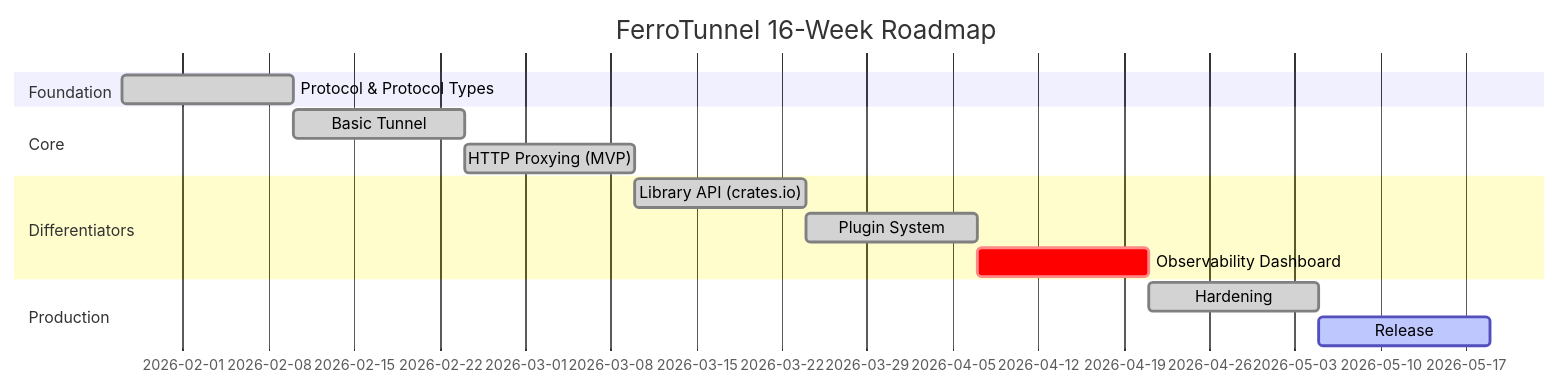
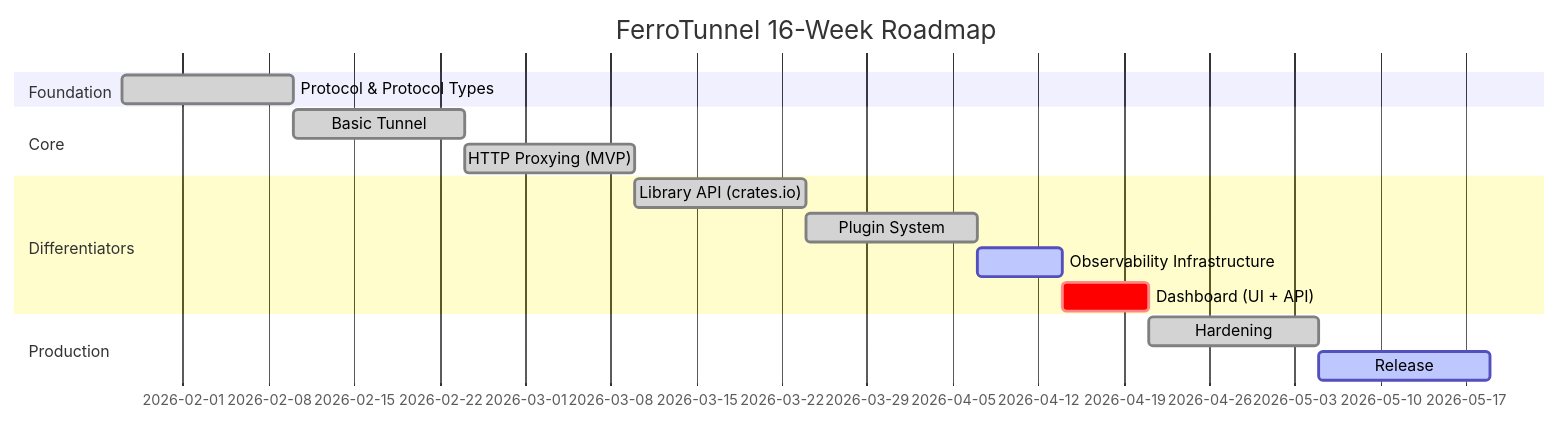
One commit to MitulShah1/ferrotunnel changed the diagram in ROADMAP.md. Above: the diagram before and after it, drawn with Mermaid. The commit also changed other lines of this file and 1 other file, not shown here.

Commit message:
docs: split observability phase into backend and UI/API phases

````diff
--- a/ROADMAP.md
+++ b/ROADMAP.md
@@ -21,17 +21,18 @@
 ```mermaid
 gantt
     title FerroTunnel 16-Week Roadmap
     dateFormat YYYY-MM-DD
     section Foundation
     Protocol & Protocol Types     :done, p1, 2026-01-27, 2w
     section Core
     Basic Tunnel                   :done, p2, after p1, 2w
     HTTP Proxying (MVP)            :done, p3, after p2, 2w
     section Differentiators
     Library API (crates.io)        :done, p4, after p3, 2w
     Plugin System                  :done, p5, after p4, 2w
-    Observability Dashboard        :crit, p6, after p5, 2w
+    Observability Infrastructure   :active, p6, after p5, 1w
+    Dashboard (UI + API)           :crit, p7, after p6, 1w
     section Production
-    Hardening                      :done, p7, after p6, 2w
-    Release                        :active, p8, after p7, 2w
+    Hardening                      :done, p8, after p7, 2w
+    Release                        :active, p9, after p8, 2w
 ```
````
